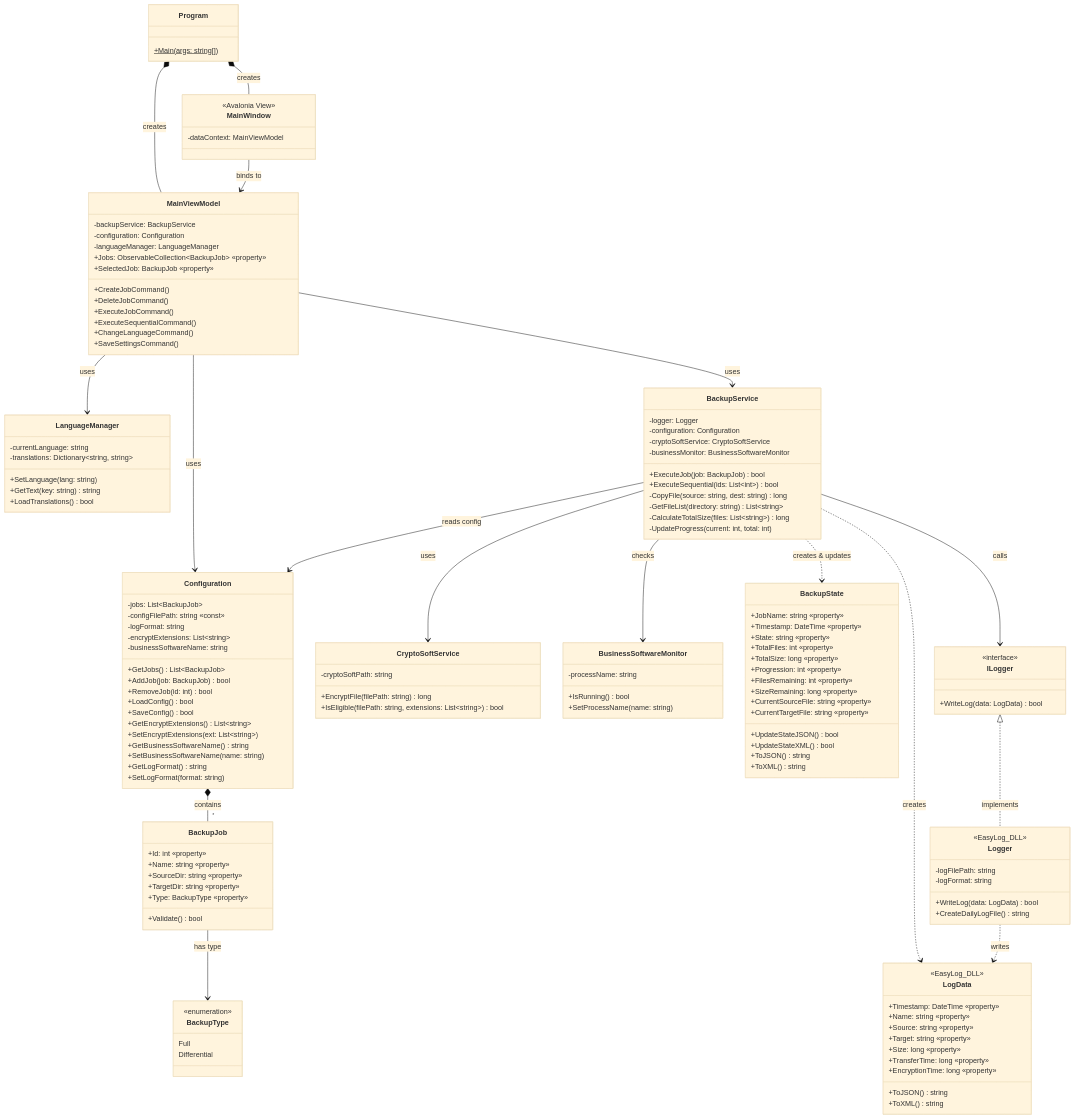
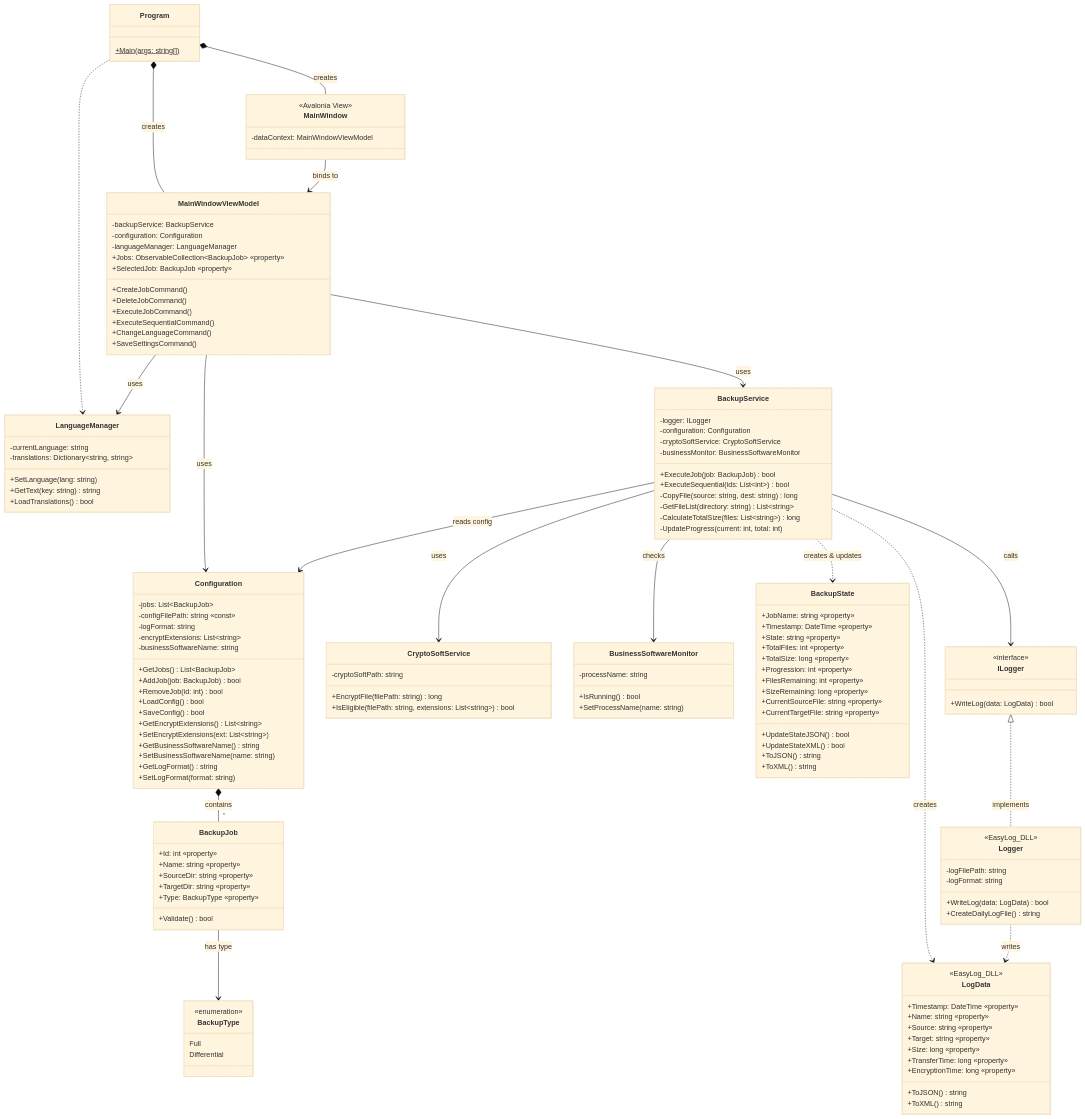
One commit to Groupe1-Prosoft/EasySave changed the second of 8 diagrams in Diagrams/UML.md. Above: the diagram before and after it, drawn with Mermaid (base theme). The commit also changed other lines of this file, not shown here.

Commit message:
Corrections of use case, class diagram and sequential diagram with the Alexandre Feddback on deliveable2

```diff
--- a/Diagrams/UML.md
+++ b/Diagrams/UML.md
@@ -79,10 +75,10 @@
 
     class MainWindow {
         <<Avalonia View>>
-        -dataContext: MainViewModel
+        -dataContext: MainWindowViewModel
     }
 
-    class MainViewModel {
+    class MainWindowViewModel {
         -backupService: BackupService
         -configuration: Configuration
         -languageManager: LanguageManager
@@ -124,7 +120,7 @@
     }
 
     class BackupService {
-        -logger: Logger
+        -logger: ILogger
         -configuration: Configuration
         -cryptoSoftService: CryptoSoftService
         -businessMonitor: BusinessSoftwareMonitor
@@ -208,12 +204,14 @@
     }
 
     Program *-- MainWindow : creates
-    Program *-- MainViewModel : creates
-    MainWindow --> MainViewModel : binds to
+    Program *-- MainWindowViewModel : creates
+    Program ..> LanguageManager
 
-    MainViewModel --> BackupService : uses
-    MainViewModel --> Configuration : uses
-    MainViewModel --> LanguageManager : uses
+    MainWindow --> MainWindowViewModel : binds to
+
+    MainWindowViewModel --> BackupService : uses
+    MainWindowViewModel --> Configuration : uses
+    MainWindowViewModel --> LanguageManager : uses
 
     BackupService --> Configuration : reads config
     BackupService ..> BackupState : creates & updates
```
